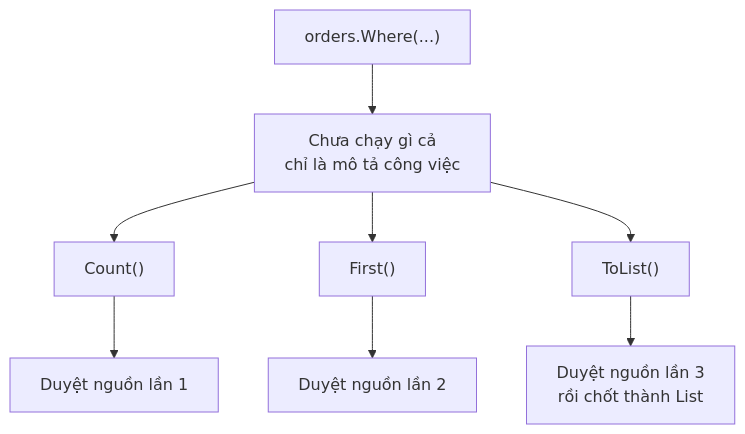
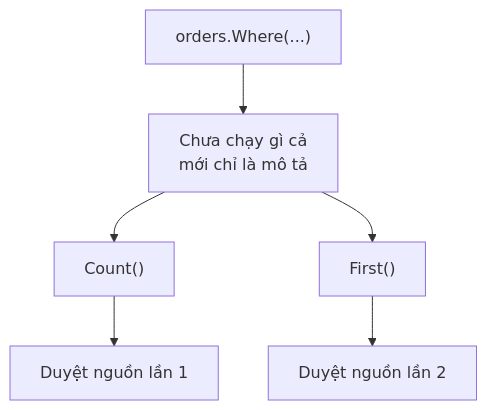
Before and after one commit to vielang/vielang: the diagram in content/it/csharp-core/03-collection-va-linq/02-ienumerable-va-hoan-thuc-thi.md, drawn with Mermaid. The commit also changed other lines of this file and 4 other files, not shown here.

````diff
--- a/content/it/csharp-core/03-collection-va-linq/02-ienumerable-va-hoan-thuc-thi.md
+++ b/content/it/csharp-core/03-collection-va-linq/02-ienumerable-va-hoan-thuc-thi.md
@@ -68,10 +85,8 @@
 ```mermaid Truy vấn chỉ chạy khi có người duyệt, và chạy lại mỗi lần
 flowchart TD
-    A["orders.Where(...)"] --> B["Chưa chạy gì cả<br/>chỉ là mô tả công việc"]
+    A["orders.Where(...)"] --> B["Chưa chạy gì cả<br/>mới chỉ là mô tả"]
     B --> C["Count()"]
     B --> D["First()"]
-    B --> E["ToList()"]
-    C --> F["Duyệt nguồn lần 1"]
-    D --> G["Duyệt nguồn lần 2"]
-    E --> H["Duyệt nguồn lần 3<br/>rồi chốt thành List"]
+    C --> E["Duyệt nguồn lần 1"]
+    D --> F["Duyệt nguồn lần 2"]
 ```
````
